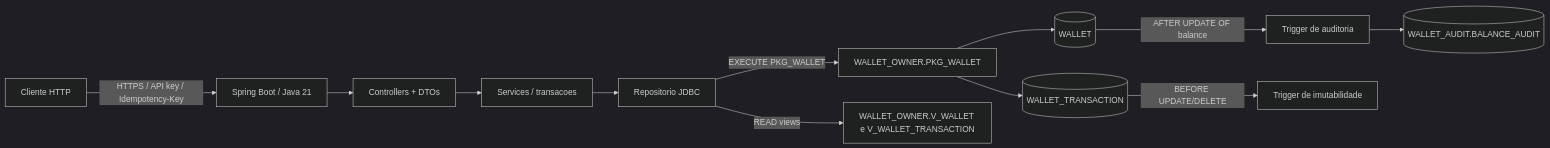
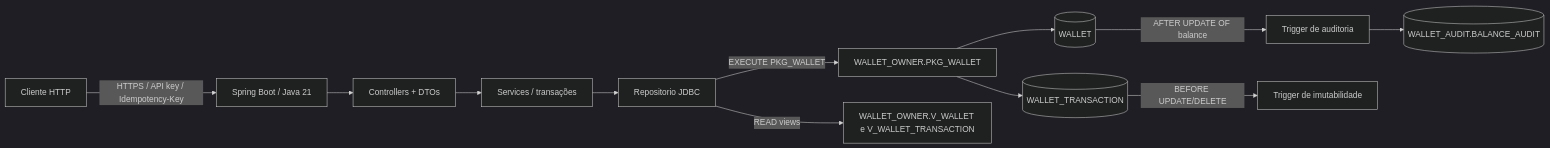
Before and after one commit to IgorLana/wallet-api-oracle: the first of 2 diagrams in docs/architecture.md, drawn with Mermaid (dark theme). The commit also changed other lines of this file and 23 other files, not shown here.

````diff
--- a/docs/architecture.md
+++ b/docs/architecture.md
@@ -25,14 +25,14 @@
 ```mermaid
 flowchart LR
     C[Cliente HTTP] -->|HTTPS / API key / Idempotency-Key| API[Spring Boot / Java 21]
     API --> CT[Controllers + DTOs]
-    CT --> SV[Services / transacoes]
+    CT --> SV[Services / transações]
     SV --> JDBC[Repositorio JDBC]
     JDBC -->|EXECUTE PKG_WALLET| P[WALLET_OWNER.PKG_WALLET]
     JDBC -->|READ views| V[WALLET_OWNER.V_WALLET e V_WALLET_TRANSACTION]
     P --> W[(WALLET)]
     P --> T[(WALLET_TRANSACTION)]
     W -->|AFTER UPDATE OF balance| TR[Trigger de auditoria]
     TR --> A[(WALLET_AUDIT.BALANCE_AUDIT)]
     T -->|BEFORE UPDATE/DELETE| IM[Trigger de imutabilidade]
 ```
````
